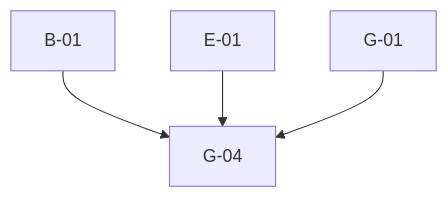
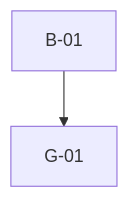
The diagram in output/analysis/productDetails/be-04-stories.md (SarithaMathai/migration), drawn with Mermaid before and after one commit. The commit also changed other lines of this file and 152 other files, not shown here.

````diff
--- a/output/analysis/productDetails/be-04-stories.md
+++ b/output/analysis/productDetails/be-04-stories.md
@@ -26,4 +26,4 @@
 ```mermaid
 graph TD
-  B01["B-01"] & E01["E-01"] & G01["G-01"] --> G04["G-04"]
+  B01["B-01"] --> G01["G-01"]
 ```
````
